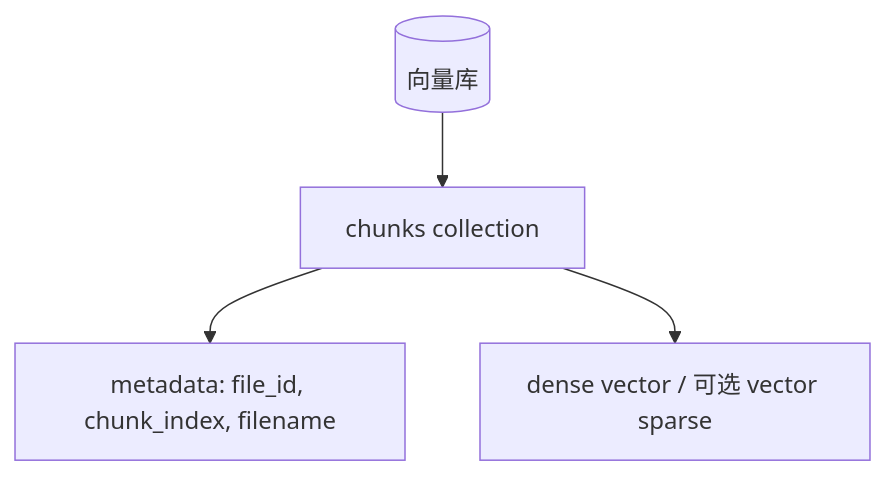
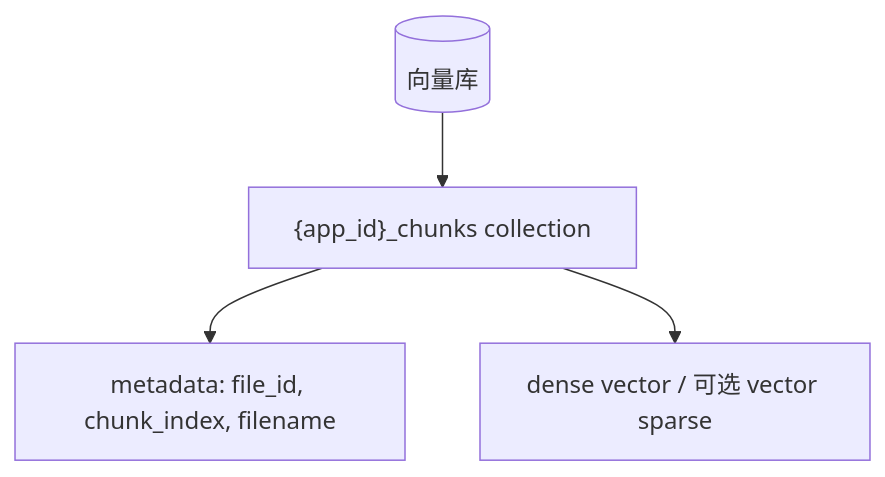
One commit to guobinqiu/new_brain changed the third of 5 diagrams in docs/architecture.md. Above: the diagram before and after it, drawn with Mermaid. The commit also changed other lines of this file and 83 other files, not shown here.

````diff
--- a/docs/architecture.md
+++ b/docs/architecture.md
@@ -134,9 +154,9 @@
 ```mermaid
 flowchart TB
   VectorDB[("向量库")]
 
-  VectorDB --> Chunks["chunks collection"]
+  VectorDB --> Chunks["{app_id}_chunks collection"]
 
   Chunks --> Metadata["metadata: file_id, chunk_index, filename"]
   Chunks --> Vectors["dense vector / 可选 vector sparse"]
 ```
````
